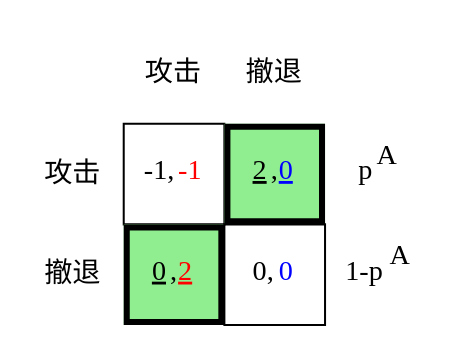
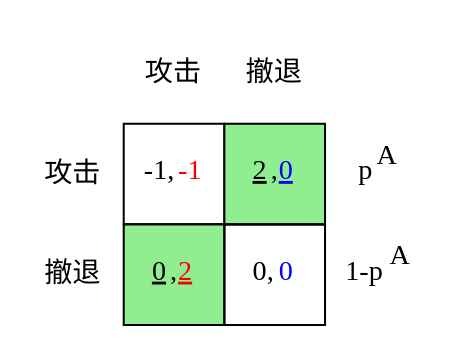
Before and after one commit to Binjian/org: the ninth of 21 diagrams in mode/drl_101.org, drawn with Graphviz. The commit also changed other lines of this file and 3 other files, not shown here.

```diff
--- a/mode/drl_101.org
+++ b/mode/drl_101.org
@@ -404,25 +452,25 @@
-#+begin_src dot :file img/_generated/mixed.png
+#+begin_src dot :file img/_generated/mixed.png :cache yes
 digraph G {
     node1 [shape=none, margin=0, fontname="LXGW WenKai Mono", label=<
         <TABLE BORDER="0" CELLBORDER="0" CELLSPACING="0" CELLPADDING="0" WIDTH="200" HEIGHT="150">
             <TR>
                 <TD WIDTH="50" HEIGHT="50" BGCOLOR="None"></TD>
                 <TD WIDTH="50" HEIGHT="50" BGCOLOR="None">攻击</TD>
                 <TD WIDTH="50" HEIGHT="50" BGCOLOR="None">撤退</TD>
             </TR>
             <TR>
                 <TD WIDTH="50" HEIGHT="50" BGCOLOR="None">攻击</TD>
                 <TD WIDTH="50" HEIGHT="50" BORDER="1">-1,<FONT COLOR="red">-1</FONT></TD>
-                <TD WIDTH="50" HEIGHT="50" BGCOLOR="lightgreen" BORDER="3"><u>2</u>,<u><FONT COLOR="blue">0</FONT></u></TD>
+                <TD WIDTH="50" HEIGHT="50" BGCOLOR="lightgreen" BORDER="1"><u>2</u>,<u><FONT COLOR="blue">0</FONT></u></TD>
                 <TD WIDTH="50" HEIGHT="50">p<sup>A</sup></TD>
             </TR>
             <TR>
                 <TD WIDTH="50" HEIGHT="50" BGCOLOR="None">撤退</TD>
-                <TD WIDTH="50" HEIGHT="50" BGCOLOR="lightgreen" BORDER="3"><u>0</u>,<u><FONT COLOR="red">2</FONT></u></TD>
+                <TD WIDTH="50" HEIGHT="50" BGCOLOR="lightgreen" BORDER="1"><u>0</u>,<u><FONT COLOR="red">2</FONT></u></TD>
                 <TD WIDTH="50" HEIGHT="50" BORDER="1">0,<FONT COLOR="blue">0</FONT></TD>
                 <TD WIDTH="50" HEIGHT="50">1-p<sup>A</sup></TD>
             </TR>
         </TABLE>
     >];
 }
 #+end_src
```
